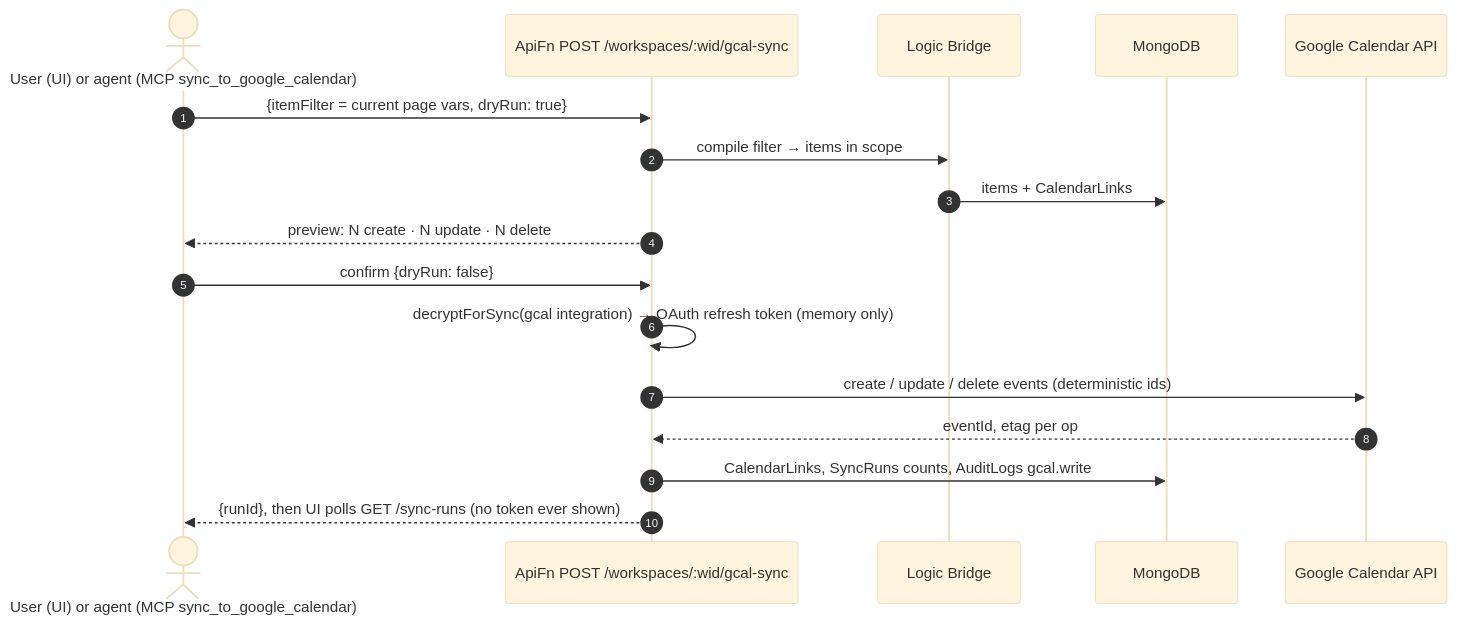
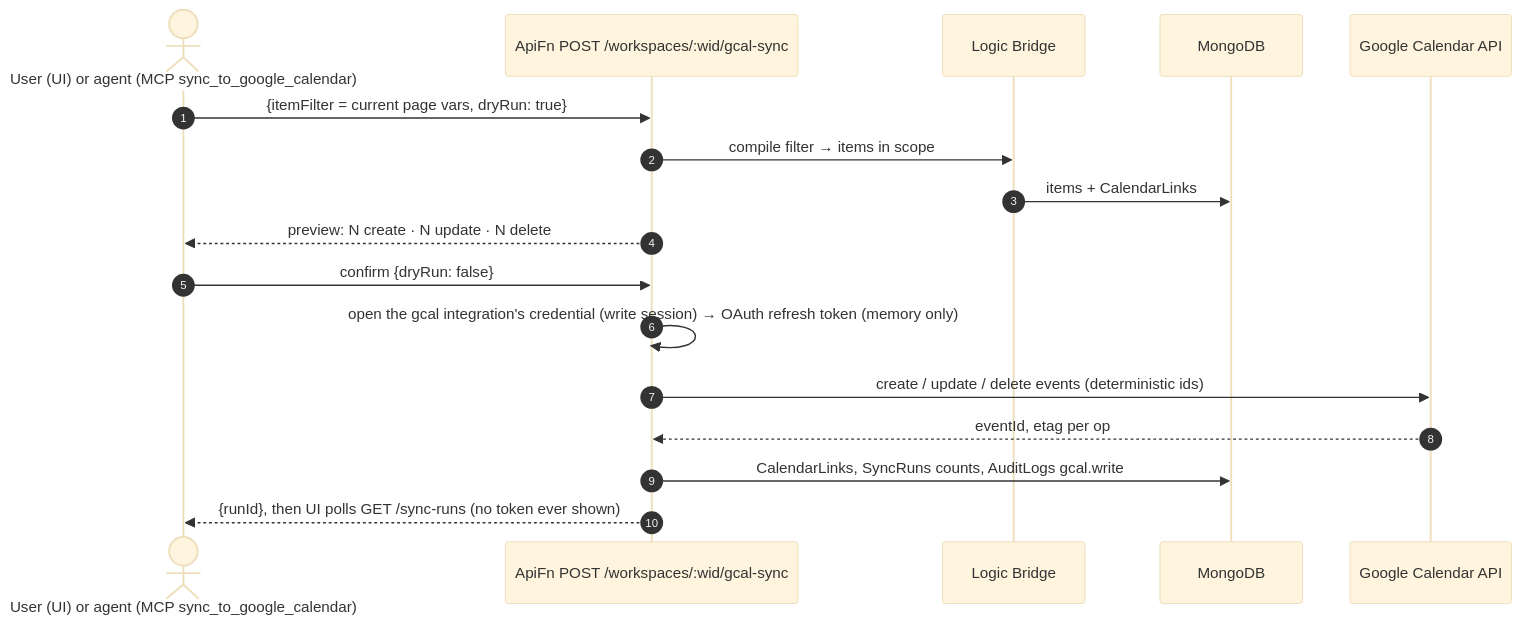
Before and after one commit to shalev396/ToDoList: the third of 3 diagrams in docs/dashboard/OVERVIEW.md, drawn with Mermaid (base theme). The commit also changed other lines of this file and 3 other files, not shown here.

````diff
--- a/docs/dashboard/OVERVIEW.md
+++ b/docs/dashboard/OVERVIEW.md
@@ -105,19 +105,19 @@
 ```mermaid
 sequenceDiagram
   autonumber
   actor U as User (UI) or agent (MCP sync_to_google_calendar)
   participant A as ApiFn POST /workspaces/:wid/gcal-sync
   participant B as Logic Bridge
   participant M as MongoDB
   participant G as Google Calendar API
   U->>A: {itemFilter = current page vars, dryRun: true}
   A->>B: compile filter → items in scope
   B->>M: items + CalendarLinks
   A-->>U: preview: N create · N update · N delete
   U->>A: confirm {dryRun: false}
-  A->>A: decryptForSync(gcal integration) → OAuth refresh token (memory only)
+  A->>A: open the gcal integration's credential (write session) → OAuth refresh token (memory only)
   A->>G: create / update / delete events (deterministic ids)
   G-->>A: eventId, etag per op
   A->>M: CalendarLinks, SyncRuns counts, AuditLogs gcal.write
   A-->>U: {runId}, then UI polls GET /sync-runs (no token ever shown)
 ```
````
